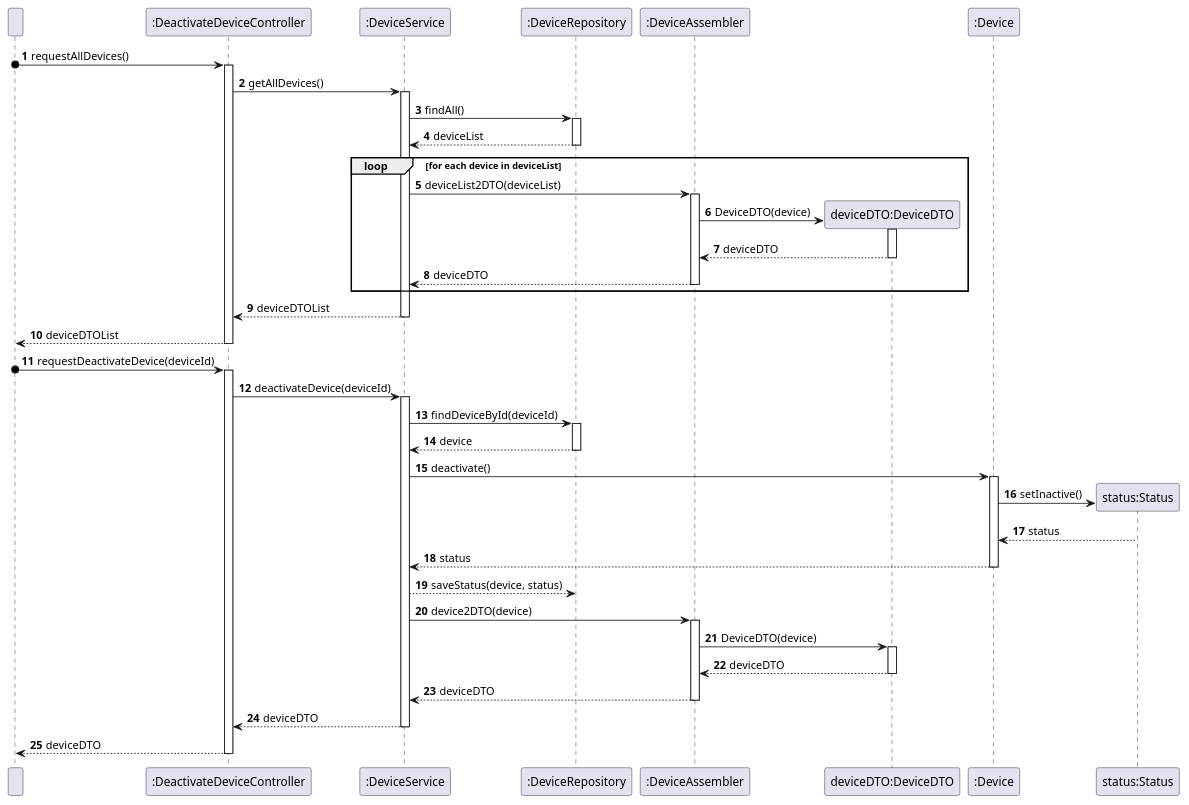
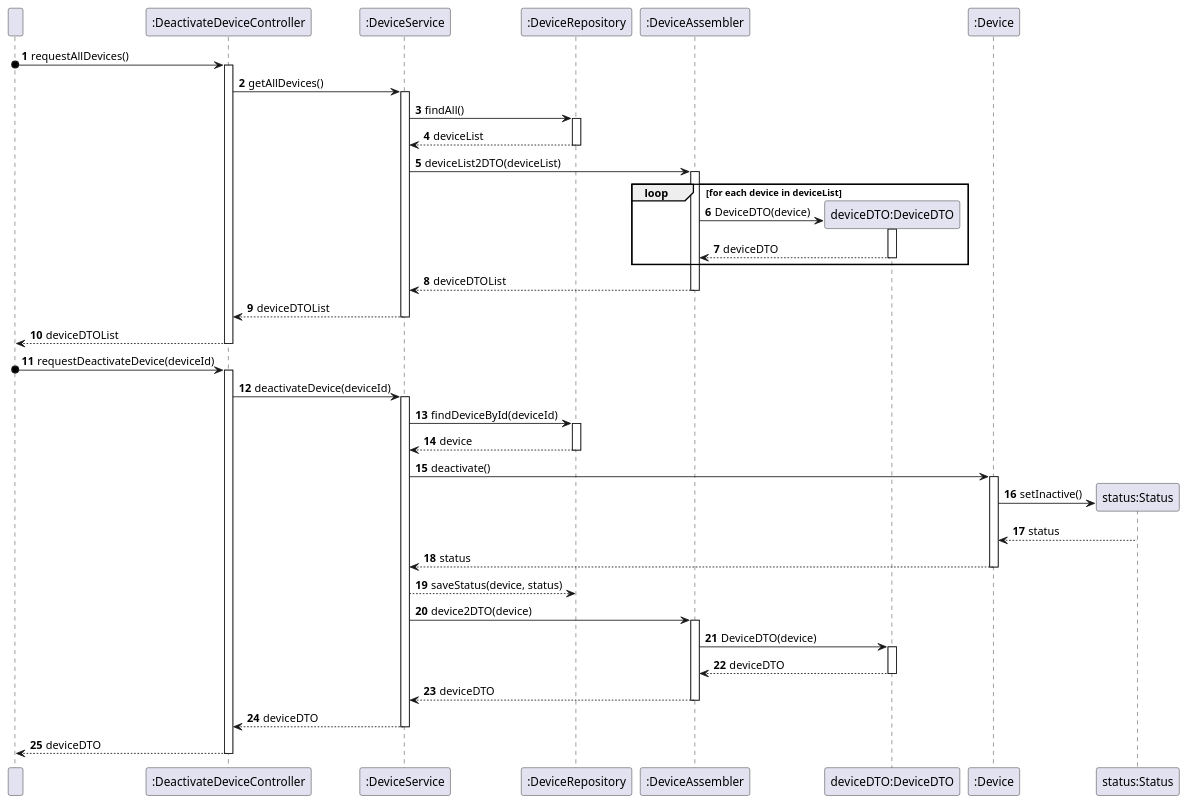
One commit to olivDiogo/SmartHome changed the diagram in docs/ood/sequenceDiagram/US08DeactivateDevice.puml. Above: the diagram before and after it, drawn with PlantUML.

Commit message:
Update: change US08 loop "for each device in deviceList", addresses #110

```diff
--- a/docs/ood/sequenceDiagram/US08DeactivateDevice.puml
+++ b/docs/ood/sequenceDiagram/US08DeactivateDevice.puml
@@ -1,74 +1,76 @@
 @startuml
 'https://plantuml.com/sequence-diagram
 
 autonumber
 
     participant " " as User
     participant ":DeactivateDeviceController" as Controller
     participant ":DeviceService" as Service
     participant ":DeviceRepository" as Repository
     participant ":DeviceAssembler" as Assembler
     participant "deviceDTO:DeviceDTO" as DTO
     participant ":Device" as Device
     participant "status:Status" as Status
 
 ' Request all devices
 
     User o-> Controller: requestAllDevices()
     activate Controller
     Controller -> Service: getAllDevices()
     activate Service
     Service -> Repository: findAll()
     activate Repository
     Repository --> Service: deviceList
     deactivate Repository
 
-    loop for each device in deviceList
+
         Service -> Assembler: deviceList2DTO(deviceList)
         activate Assembler
+        loop for each device in deviceList
         create DTO
         Assembler -> DTO: DeviceDTO(device)
         activate DTO
         DTO --> Assembler: deviceDTO
         deactivate DTO
-        Assembler --> Service: deviceDTO
+         end
+        Assembler --> Service: deviceDTOList
         deactivate Assembler
-    end
+
     Service --> Controller: deviceDTOList
     deactivate Service
     Controller --> User: deviceDTOList
     deactivate Controller
 
 ' Deactivate device
 
     User o-> Controller: requestDeactivateDevice(deviceId)
     activate Controller
     Controller -> Service: deactivateDevice(deviceId)
     activate Service
     Service -> Repository: findDeviceById(deviceId)
     activate Repository
     Repository --> Service: device
     deactivate Repository
     Service -> Device: deactivate()
     activate Device
     create Status
     Device -> Status: setInactive()
     Status --> Device: status
     Device --> Service: status
     deactivate Device
     Service --> Repository: saveStatus(device, status)
 
     Service -> Assembler: device2DTO(device)
     activate Assembler
     Assembler -> DTO: DeviceDTO(device)
     activate DTO
     DTO --> Assembler: deviceDTO
     deactivate DTO
     Assembler --> Service: deviceDTO
     deactivate Assembler
     Service --> Controller: deviceDTO
     deactivate Service
     Controller --> User: deviceDTO
     deactivate Controller
 
 @enduml
```
